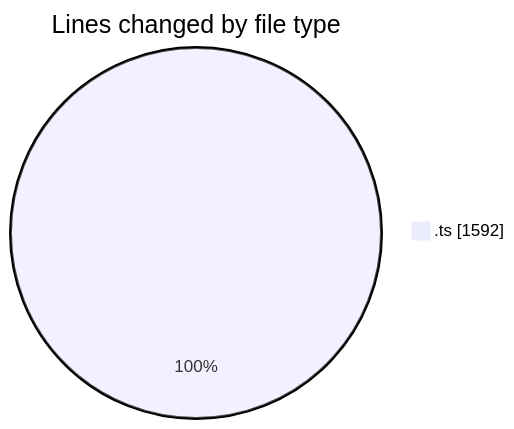
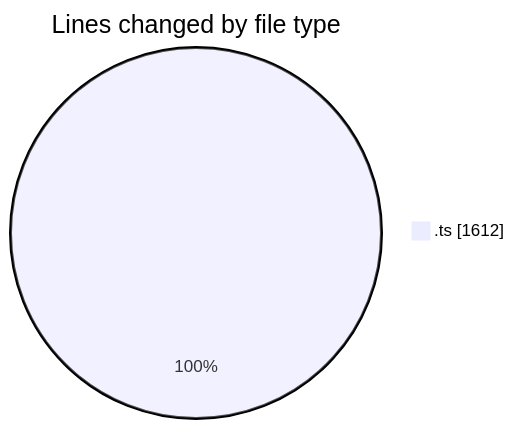
The first of 2 diagrams in 2025-08-07/cda/README.md (momahboobian/code-tracking), drawn with Mermaid before and after one commit. The commit also changed other lines of this file and 1 other file, not shown here.

````diff
--- a/2025-08-07/cda/README.md
+++ b/2025-08-07/cda/README.md
@@ -23,5 +23,5 @@
 ```mermaid
 pie showData
 title Lines changed by file type
-".ts" : 1592
+".ts" : 1612
 ```
````
